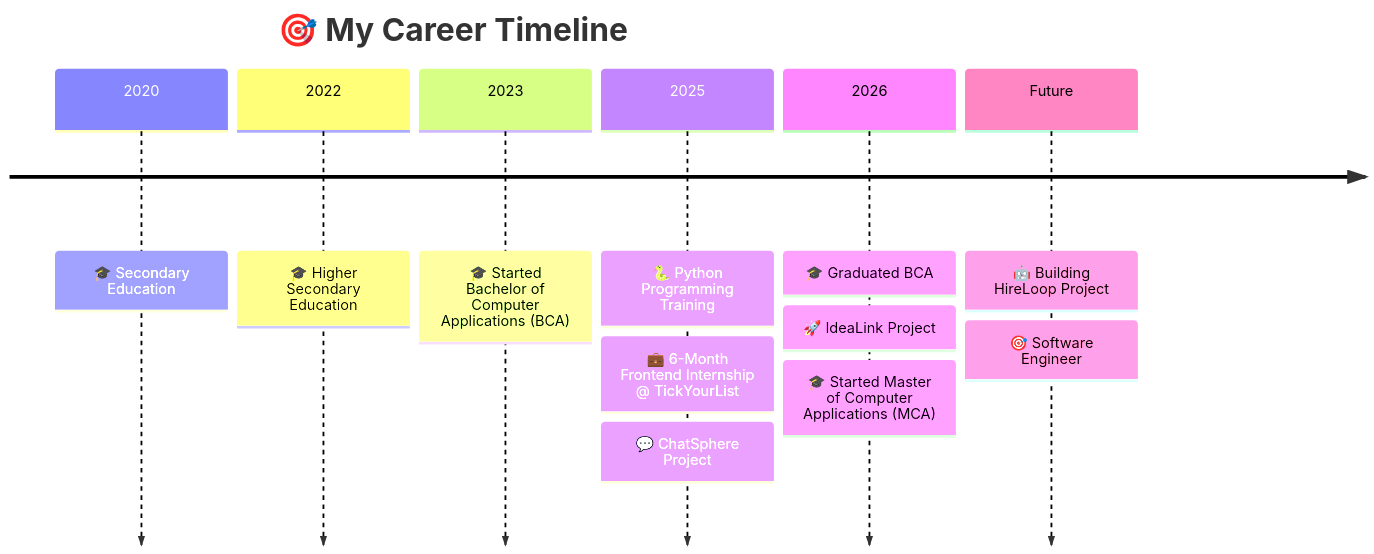
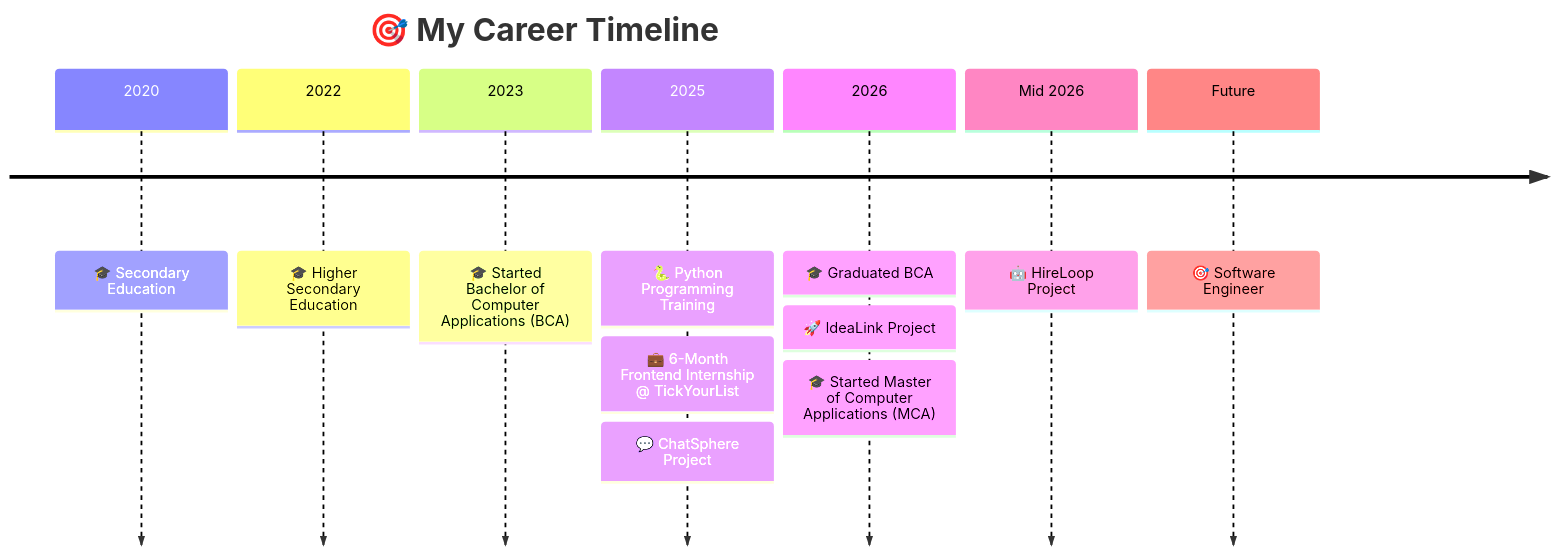
One commit to Ujjawal-Gupta-Coder/Ujjawal-Gupta-Coder changed the diagram in README.md. Above: the diagram before and after it, drawn with Mermaid. The commit also changed other lines of this file, not shown here.

First line of the commit message:
Revise HireLoop project details and tech stack

````diff
--- a/README.md
+++ b/README.md
@@ -71,21 +72,22 @@
 ```mermaid
 timeline
     title 🎯 My Career Timeline
 
     2020 : 🎓 Secondary Education
 
     2022 : 🎓 Higher Secondary Education
 
     2023 : 🎓 Started Bachelor of Computer Applications (BCA)
 
     2025 : 🐍 Python Programming Training
      : 💼 6-Month Frontend Internship @ TickYourList
      : 💬 ChatSphere Project
 
     2026 : 🎓 Graduated BCA
          :  🚀 IdeaLink Project
          : 🎓 Started Master of Computer Applications (MCA)
-           
-    Future : 🤖 Building HireLoop Project
-           : 🎯 Software Engineer
+
+    Mid 2026 :  🤖 HireLoop Project
+
+    Future : 🎯 Software Engineer        
 ```
````
